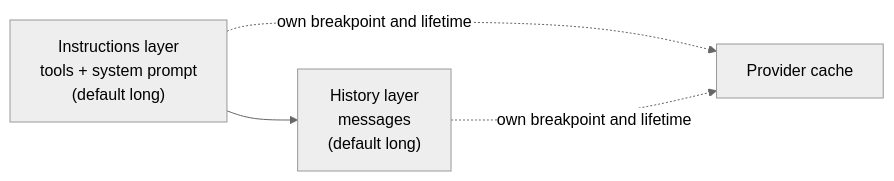
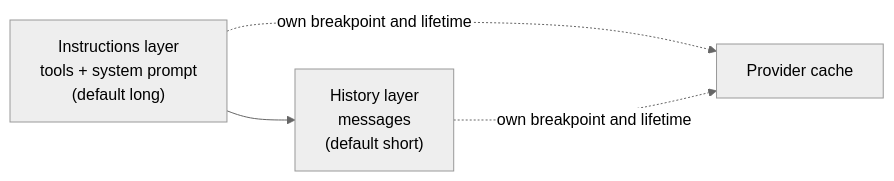
Before and after one commit to bgauryy/octocode-coding-agent: the first of 2 diagrams in packages/coding-agent/docs/prompt-caching.md, drawn with Mermaid (neutral theme). The commit also changed other lines of this file and 781 other files, not shown here.

````diff
--- a/packages/coding-agent/docs/prompt-caching.md
+++ b/packages/coding-agent/docs/prompt-caching.md
@@ -5,6 +5,6 @@
 ```mermaid
 flowchart LR
-    I["Instructions layer<br/>tools + system prompt<br/>(default long)"] --> H["History layer<br/>messages<br/>(default long)"]
+    I["Instructions layer<br/>tools + system prompt<br/>(default long)"] --> H["History layer<br/>messages<br/>(default short)"]
     I -. "own breakpoint and lifetime" .-> P["Provider cache"]
     H -. "own breakpoint and lifetime" .-> P
 ```
````
